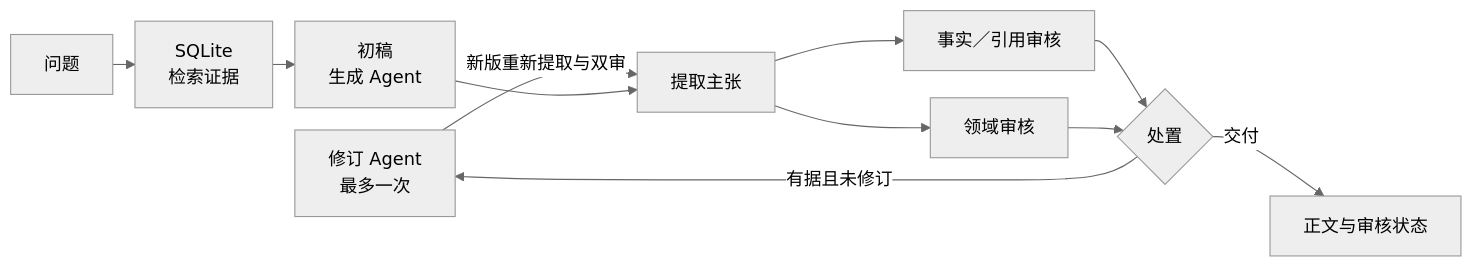
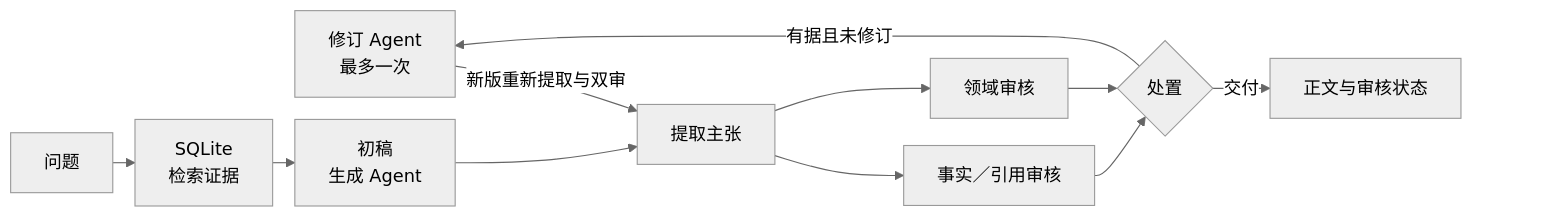
Before and after one commit to 7556481/PowerTrustAI: the diagram in README.md, drawn with Mermaid (neutral theme).

Commit message:
docs: keep native diagram controls in empty layout space

````diff
--- a/README.md
+++ b/README.md
@@ -7,13 +7,14 @@
 ```mermaid
 %%{init: {"flowchart": {"diagramPadding": 24, "rankSpacing": 20, "nodeSpacing": 20}}}%%
 flowchart LR
     V[修订 Agent<br/>最多一次] -->|新版重新提取与双审| C[提取主张]
     Q[问题] --> E[SQLite<br/>检索证据] --> D[初稿<br/>生成 Agent] --> C
     C --> F[事实／引用审核]
     C --> R[领域审核]
     F --> J{处置}
     R --> J
     J -->|交付| O[正文与审核状态]
     J -->|有据且未修订| V
-    V ~~~ O
+    O ~~~ PAD[" "]
+    style PAD fill:transparent,stroke:transparent
 ```
````
